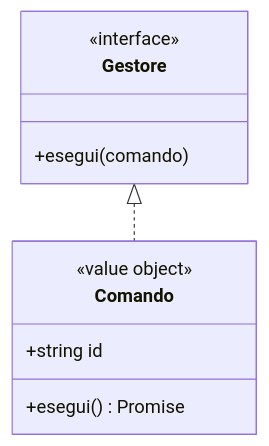
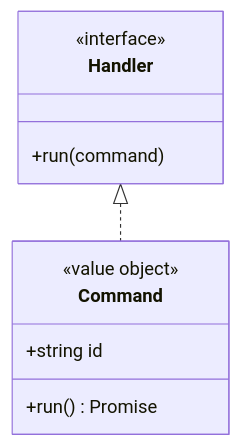
The fifth of 6 diagrams in published/workflow/mermaid-diagrams/smoke-test.md (pablolok/claude-skills), drawn with Mermaid before and after one commit. The commit also changed other lines of this file and 37 other files, not shown here.

First line of the commit message:
feat(mermaid-diagrams, writing-architecture-docs, typescript-react-standards): 1.1.0 — English, generic, no project's stack

````diff
--- a/published/workflow/mermaid-diagrams/smoke-test.md
+++ b/published/workflow/mermaid-diagrams/smoke-test.md
@@ -52,13 +52,13 @@
 ```mermaid
 classDiagram
-    class Comando {
+    class Command {
         <<value object>>
         +string id
-        +esegui() Promise
+        +run() Promise
     }
-    class Gestore {
+    class Handler {
         <<interface>>
-        +esegui(comando)
+        +run(command)
     }
-    Gestore <|.. Comando
+    Handler <|.. Command
 ```
````
